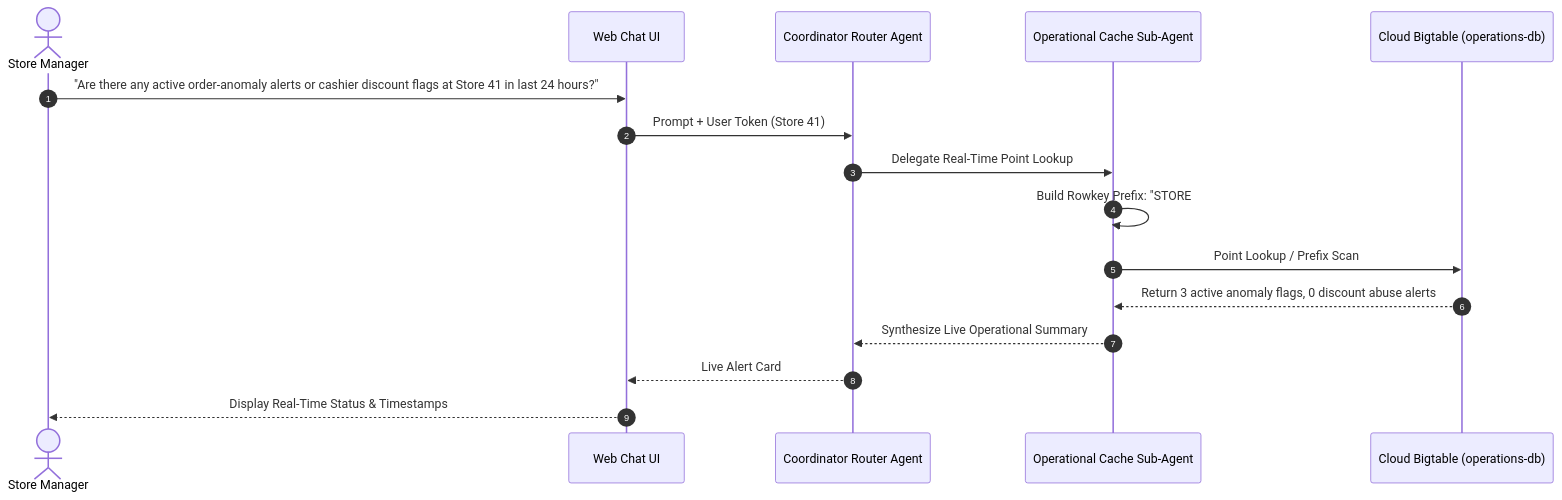
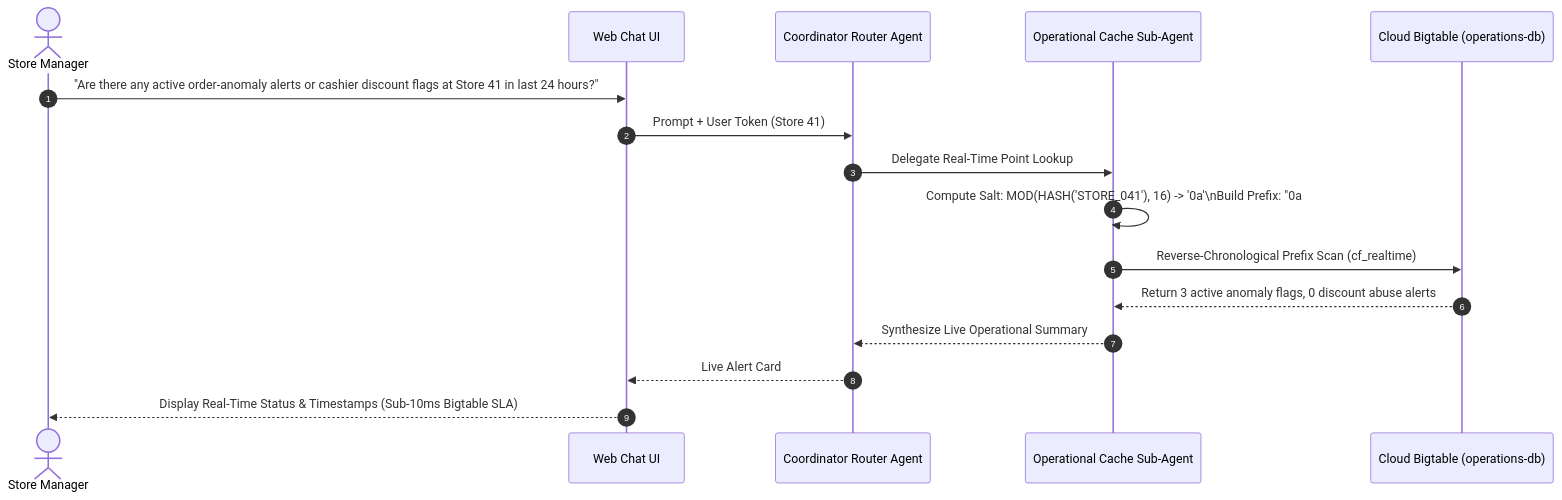
The fifth of 13 diagrams in module_1/sdd.md (sshi0929/elevate_da_advance), drawn with Mermaid before and after one commit. The commit also changed other lines of this file, not shown here.

First line of the commit message:
feat(module_1): update sdd.md to address client feedback on field resilience, bigtable rowkeys, and latency budgets

````diff
--- a/module_1/sdd.md
+++ b/module_1/sdd.md
@@ -410,19 +464,19 @@
 ```mermaid
 sequenceDiagram
     autonumber
     actor Mgr as Store Manager
     participant Portal as Web Chat UI
     participant Coord as Coordinator Router Agent
     participant Cache_Agent as Operational Cache Sub-Agent
     participant Bigtable as Cloud Bigtable (operations-db)
 
     Mgr->>Portal: "Are there any active order-anomaly alerts or cashier discount flags at Store 41 in last 24 hours?"
     Portal->>Coord: Prompt + User Token (Store 41)
     Coord->>Cache_Agent: Delegate Real-Time Point Lookup
-    Cache_Agent->>Cache_Agent: Build Rowkey Prefix: "STORE#041#ALERT#"
-    Cache_Agent->>Bigtable: Point Lookup / Prefix Scan
+    Cache_Agent->>Cache_Agent: Compute Salt: MOD(HASH('STORE_041'), 16) -> '0a'\nBuild Prefix: "0a#STORE#STORE_041#ALERT#"
+    Cache_Agent->>Bigtable: Reverse-Chronological Prefix Scan (cf_realtime)
     Bigtable-->>Cache_Agent: Return 3 active anomaly flags, 0 discount abuse alerts
     Cache_Agent-->>Coord: Synthesize Live Operational Summary
     Coord-->>Portal: Live Alert Card
-    Portal-->>Mgr: Display Real-Time Status & Timestamps
+    Portal-->>Mgr: Display Real-Time Status & Timestamps (Sub-10ms Bigtable SLA)
 ```
````
